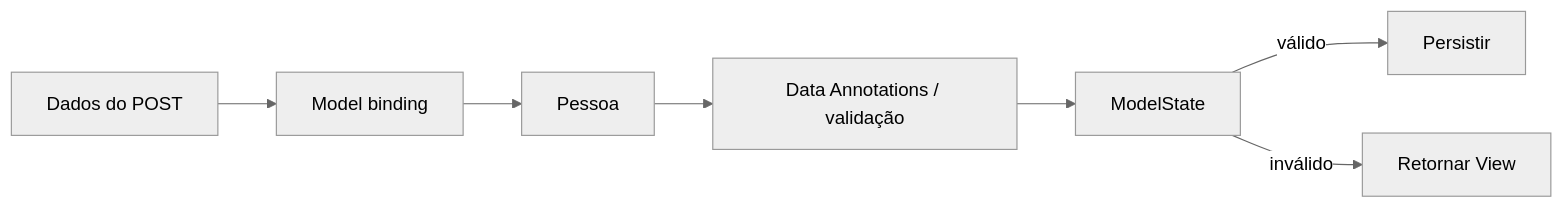
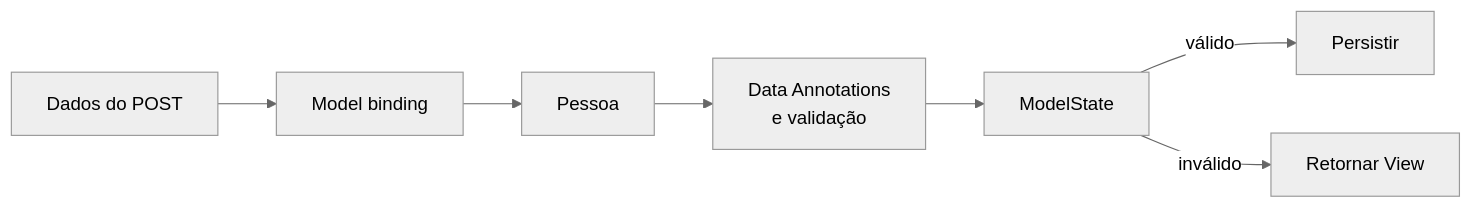
Before and after one commit to leorruas/puc: the third of 4 diagrams in 05. Desenvolvimento Web Back-End/06. Model, validação e persistência no ASP.NET Core MVC.md, drawn with Mermaid (neutral theme). The commit also changed other lines of this file, not shown here.

Commit message:
Normaliza Mermaid de validação e persistência MVC

````diff
--- a/05. Desenvolvimento Web Back-End/06. Model, validação e persistência no ASP.NET Core MVC.md
+++ b/05. Desenvolvimento Web Back-End/06. Model, validação e persistência no ASP.NET Core MVC.md
@@ -537,9 +548,17 @@
 ```mermaid
 flowchart LR
-    D["Dados do POST"] --> B["Model binding"]
-    B --> M["Pessoa"]
-    M --> V["Data Annotations / validação"]
-    V --> S["ModelState"]
-    S -->|"válido"| P["Persistir"]
-    S -->|"inválido"| R["Retornar View"]
+    Dados["Dados do POST"]:::external
+    Binding["Model binding"]:::component
+    Model["Pessoa"]:::data
+    Validacao["Data Annotations<br>e validação"]:::component
+    State["ModelState"]:::core
+    Persistir["Persistir"]:::data
+    View["Retornar View"]:::warning
+
+    Dados --> Binding
+    Binding --> Model
+    Model --> Validacao
+    Validacao --> State
+    State -->|"válido"| Persistir
+    State -->|"inválido"| View
 ```
````
